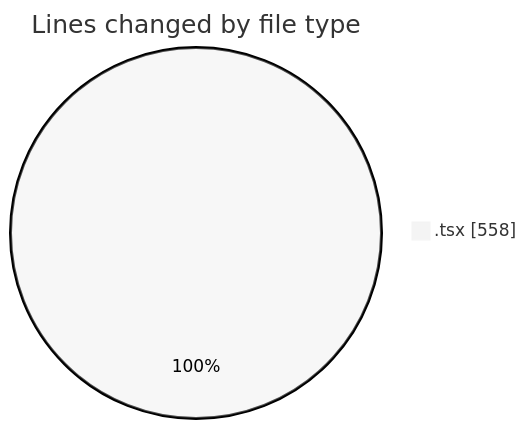
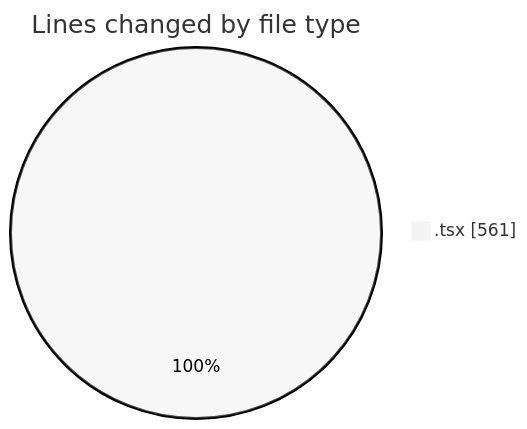
Before and after one commit to momahboobian/code-tracking: the first of 2 diagrams in 2025-03-20/cda/README.md, drawn with Mermaid (neutral theme). The commit also changed other lines of this file and 1 other file, not shown here.

````diff
--- a/2025-03-20/cda/README.md
+++ b/2025-03-20/cda/README.md
@@ -22,5 +22,5 @@
 ```mermaid
 pie showData
 title Lines changed by file type
-".tsx" : 558
+".tsx" : 561
 ```
````
